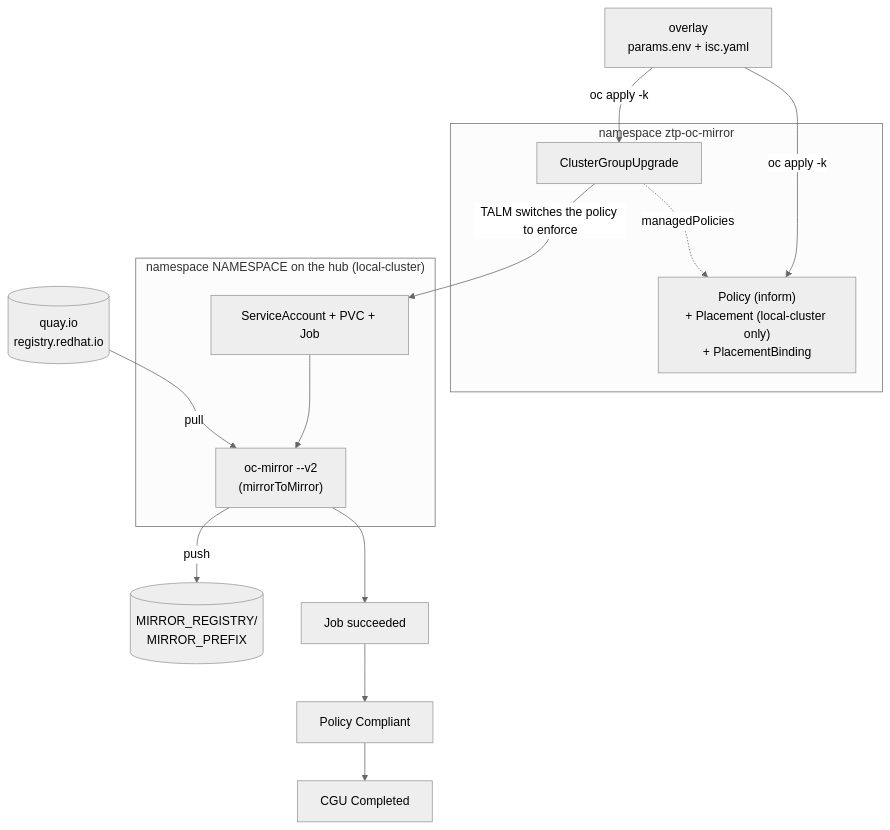
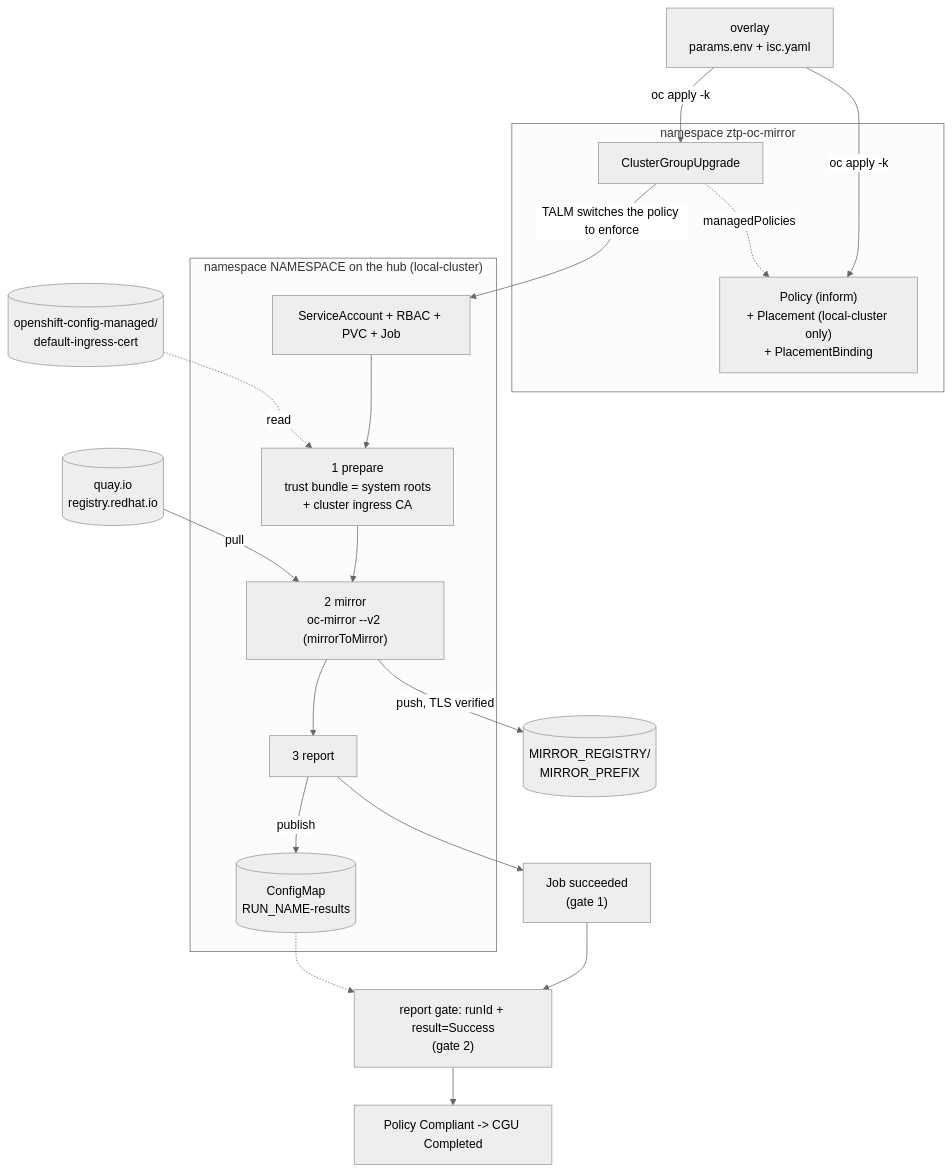
One commit to midu16/oc-mirror-cgu changed the diagram in README.md. Above: the diagram before and after it, drawn with Mermaid (neutral theme). The commit also changed other lines of this file and 4 other files, not shown here.

First line of the commit message:
Trust the cluster ingress CA and publish a per-run results ConfigMap

````diff
--- a/README.md
+++ b/README.md
@@ -10,24 +10,29 @@
 ```mermaid
 flowchart TD
     A["overlay<br/>params.env + isc.yaml"] -->|"oc apply -k"| B
     A -->|"oc apply -k"| C
 
     subgraph POL["namespace ztp-oc-mirror"]
         B["Policy (inform)<br/>+ Placement (local-cluster only)<br/>+ PlacementBinding"]
         C["ClusterGroupUpgrade"]
         C -.->|managedPolicies| B
     end
 
     C -->|"TALM switches the policy to enforce"| D
 
     subgraph WL["namespace NAMESPACE on the hub (local-cluster)"]
-        D["ServiceAccount + PVC + Job"]
-        E["oc-mirror --v2<br/>(mirrorToMirror)"]
-        D --> E
+        D["ServiceAccount + RBAC + PVC + Job"]
+        P1["1 prepare<br/>trust bundle = system roots<br/>+ cluster ingress CA"]
+        E["2 mirror<br/>oc-mirror --v2 (mirrorToMirror)"]
+        P3["3 report"]
+        RC[("ConfigMap<br/>RUN_NAME-results")]
+        D --> P1 --> E --> P3 -->|publish| RC
     end
 
+    CA[("openshift-config-managed/<br/>default-ingress-cert")] -.->|read| P1
     S[("quay.io<br/>registry.redhat.io")] -->|pull| E
-    E -->|push| R[("MIRROR_REGISTRY/<br/>MIRROR_PREFIX")]
+    E -->|"push, TLS verified"| R[("MIRROR_REGISTRY/<br/>MIRROR_PREFIX")]
 
-    E --> F["Job succeeded"] --> G["Policy Compliant"] --> H["CGU Completed"]
+    P3 --> F["Job succeeded<br/>(gate 1)"] --> G["report gate: runId + result=Success<br/>(gate 2)"] --> H["Policy Compliant -> CGU Completed"]
+    RC -.-> G
 ```
````
